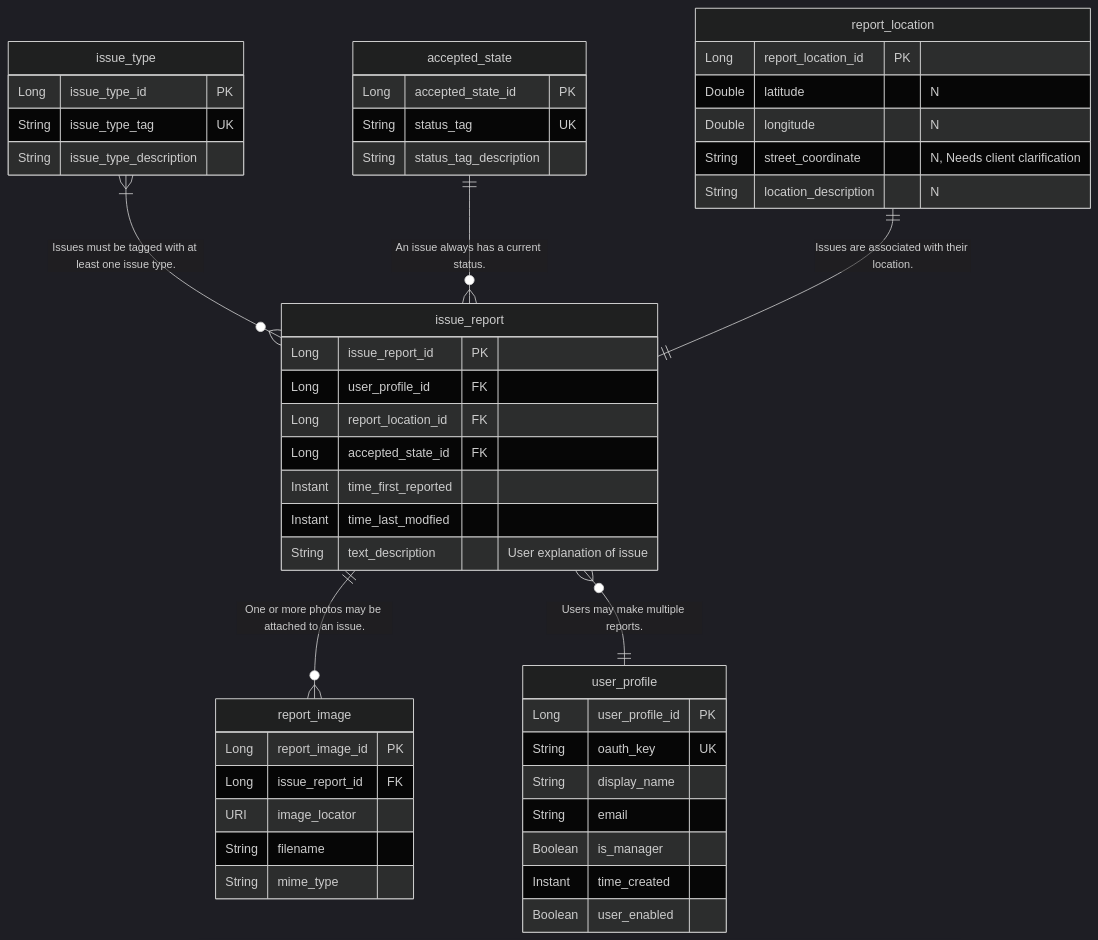
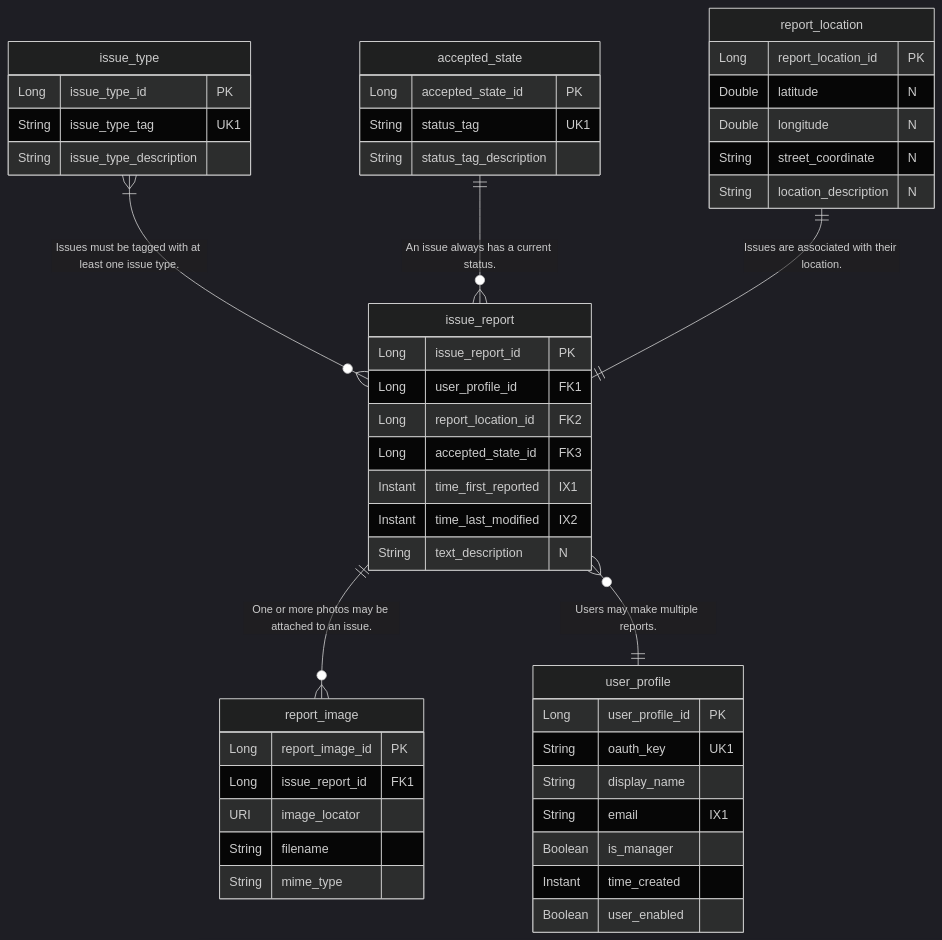
The diagram in docs/mermaid/ERD.mermaid (dd-java-22/capstone), drawn with Mermaid (dark theme) before and after one commit. The commit also changed 2 other files, not shown here.

```diff
--- a/docs/mermaid/ERD.mermaid
+++ b/docs/mermaid/ERD.mermaid
@@ -1,50 +1,50 @@
 erDiagram
     issue_type }|--o{ issue_report : "Issues must be tagged with at least one issue type."
     accepted_state ||--o{ issue_report : "An issue always has a current status."
     issue_report ||--o{ report_image : "One or more photos may be attached to an issue."
     issue_report }o--|| user_profile : "Users may make multiple reports."
     report_location ||--|| issue_report : "Issues are associated with their location."
 
 
     issue_type {
-        Long issue_type_id PK
-        String issue_type_tag UK
+        Long issue_type_id "PK"
+        String issue_type_tag "UK1"
         String issue_type_description
     }
     accepted_state {
-        Long accepted_state_id PK
-        String status_tag UK
+        Long accepted_state_id "PK"
+        String status_tag "UK1"
         String status_tag_description
     }
     report_location {
-        Long report_location_id PK
+        Long report_location_id "PK"
         Double latitude "N"
         Double longitude "N"
-        String street_coordinate "N, Needs client clarification"
+        String street_coordinate "N"
         String location_description "N"
     }
     report_image {
-        Long report_image_id PK
-        Long issue_report_id FK
+        Long report_image_id "PK"
+        Long issue_report_id "FK1"
         URI image_locator
         String filename
         String mime_type
     }
     user_profile {
-        Long user_profile_id PK
-        String oauth_key UK
+        Long user_profile_id "PK"
+        String oauth_key "UK1"
         String display_name
-        String email
+        String email "IX1"
         Boolean is_manager
         Instant time_created
         Boolean user_enabled
     }
     issue_report {
-        Long issue_report_id PK
-        Long user_profile_id FK
-        Long report_location_id FK
-        Long accepted_state_id FK
-        Instant time_first_reported
-        Instant time_last_modfied
-        String text_description "User explanation of issue"
+        Long issue_report_id "PK"
+        Long user_profile_id "FK1"
+        Long report_location_id "FK2"
+        Long accepted_state_id "FK3"
+        Instant time_first_reported "IX1"
+        Instant time_last_modified "IX2"
+        String text_description "N"
     }
```
